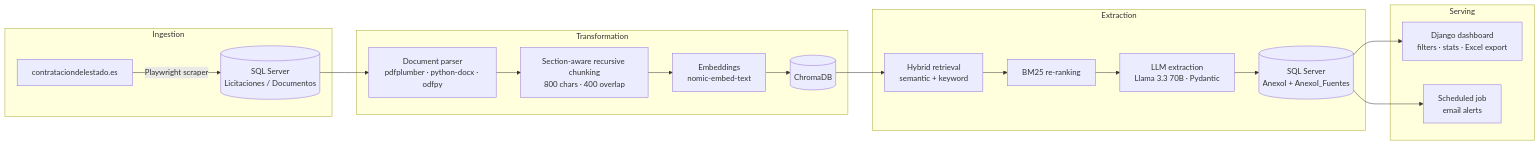
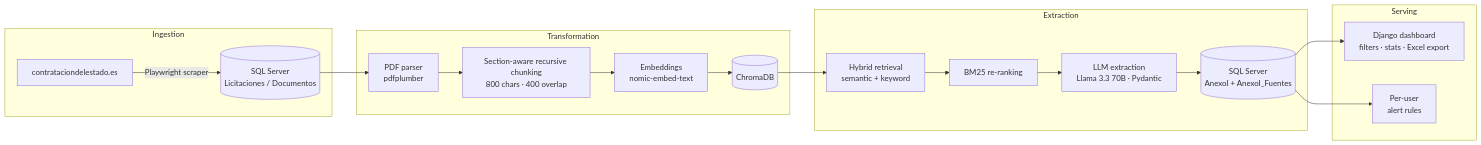
One commit to Oppen-OC/RAG-TEND-TFG changed the diagram in README.md. Above: the diagram before and after it, drawn with Mermaid. The commit also changed other lines of this file, not shown here.

````diff
--- a/README.md
+++ b/README.md
@@ -32,22 +32,22 @@
 ```mermaid
 flowchart LR
     subgraph Ingestion
         A[contrataciondelestado.es] -->|Playwright scraper| B[(SQL Server<br/>Licitaciones / Documentos)]
     end
     subgraph Transformation
-        B --> C[Document parser<br/>pdfplumber · python-docx · odfpy]
+        B --> C[PDF parser<br/>pdfplumber]
         C --> D[Section-aware recursive chunking<br/>800 chars · 400 overlap]
         D --> E[Embeddings<br/>nomic-embed-text]
         E --> F[(ChromaDB)]
     end
     subgraph Extraction
         F --> G[Hybrid retrieval<br/>semantic + keyword]
         G --> H[BM25 re-ranking]
         H --> I[LLM extraction<br/>Llama 3.3 70B · Pydantic]
         I --> J[(SQL Server<br/>AnexoI + AnexoI_Fuentes)]
     end
     subgraph Serving
         J --> K[Django dashboard<br/>filters · stats · Excel export]
-        J --> L[Scheduled job<br/>email alerts]
+        J --> L[Per-user<br/>alert rules]
     end
 ```
````
